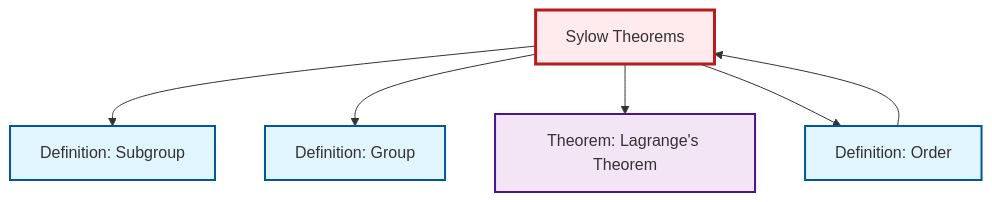
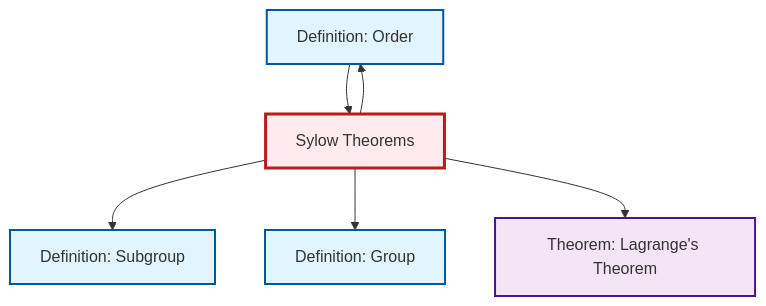
Before and after one commit to RK0429/ModernMath: the diagram in content/ja/algebra/thm-sylow.qmd, drawn with Mermaid. The commit also changed other lines of this file and 597 other files, not shown here.

````diff
--- a/content/ja/algebra/thm-sylow.qmd
+++ b/content/ja/algebra/thm-sylow.qmd
@@ -86,24 +86,24 @@
 ```{mermaid}
 %%| fig-cap: "Local dependency graph"
 graph TD
     classDef definition fill:#e1f5fe,stroke:#01579b,stroke-width:2px
     classDef theorem fill:#f3e5f5,stroke:#4a148c,stroke-width:2px
     classDef axiom fill:#fff3e0,stroke:#e65100,stroke-width:2px
     classDef example fill:#e8f5e9,stroke:#1b5e20,stroke-width:2px
     classDef current fill:#ffebee,stroke:#b71c1c,stroke-width:3px
+    thm-lagrange["Theorem: Lagrange's Theorem"]:::theorem
+    def-order["Definition: Order"]:::definition
+    thm-sylow["Sylow Theorems"]:::theorem
+    def-group["Definition: Group"]:::definition
     def-subgroup["Definition: Subgroup"]:::definition
-    thm-sylow["Sylow Theorems"]:::theorem
-    def-order["Definition: Order"]:::definition
-    thm-lagrange["Theorem: Lagrange's Theorem"]:::theorem
-    def-group["Definition: Group"]:::definition
     thm-sylow --> def-subgroup
-    def-order --> thm-sylow
     thm-sylow --> def-group
     thm-sylow --> thm-lagrange
     thm-sylow --> def-order
+    def-order --> thm-sylow
     class thm-sylow current
+    click thm-lagrange "thm-lagrange.html" "Theorem: Lagrange's Theoremへ"
+    click def-order "def-order.html" "Definition: Orderへ"
+    click def-group "def-group.html" "Definition: Groupへ"
     click def-subgroup "def-subgroup.html" "Definition: Subgroupへ"
-    click def-order "def-order.html" "Definition: Orderへ"
-    click thm-lagrange "thm-lagrange.html" "Theorem: Lagrange's Theoremへ"
-    click def-group "def-group.html" "Definition: Groupへ"
 ```
````
